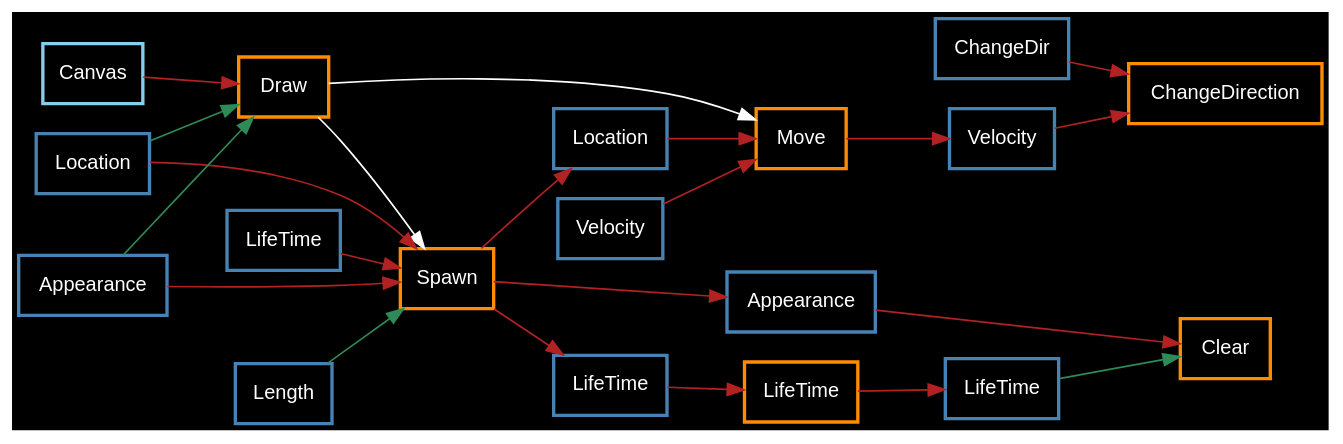
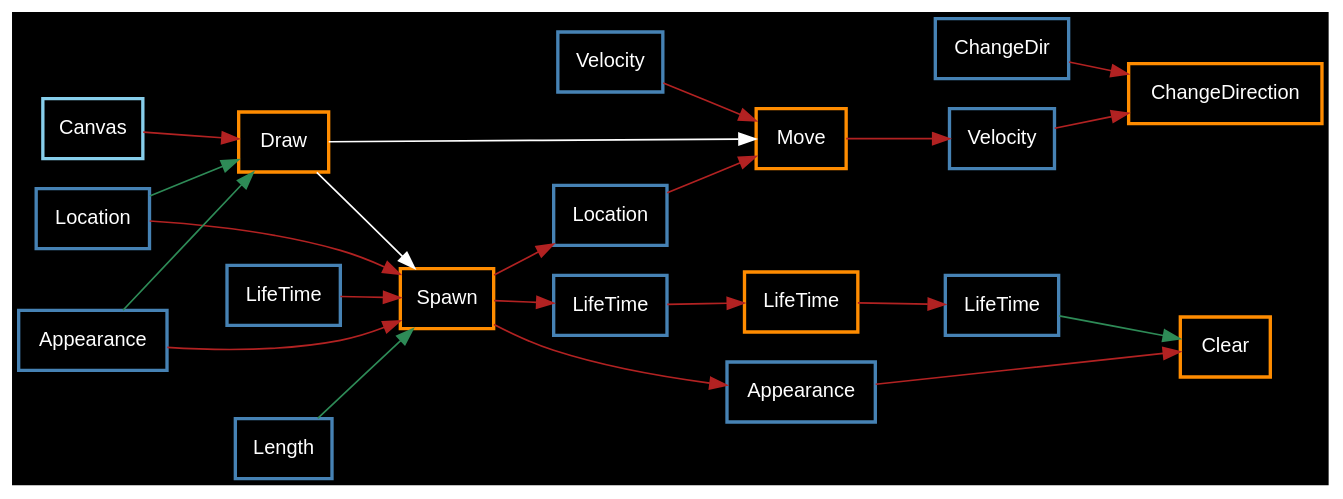
One commit to BenzzzX/NESL changed the diagram in ESLConsole/test.gv. Above: the diagram before and after it, drawn with Graphviz. The commit also changed other lines of this file and 10 other files, not shown here.

```diff
--- a/ESLConsole/test.gv
+++ b/ESLConsole/test.gv
@@ -1,57 +1,57 @@
 digraph framegraph 
 {
 rankdir = LR
 bgcolor = black
 
 node [shape=rectangle, fontname="helvetica", fontsize=12, fontcolor=white]
 
 "Draw" [label="Draw", style=bold, color=darkorange]
 "Move" [label="Move", style=bold, color=darkorange]
 "LifeTime" [label="LifeTime", style=bold, color=darkorange]
 "ChangeDirection" [label="ChangeDirection", style=bold, color=darkorange]
 "Clear" [label="Clear", style=bold, color=darkorange]
 "Spawn" [label="Spawn", style=bold, color=darkorange]
 
 "Draw" -> { "Move" } [color=white]
 "Draw" -> { "Spawn" } [color=white]
 
-"Length0" [label="Length", style=bold, color= steelblue]
-"Length0" -> { "Spawn" } [color=seagreen]
 "LifeTime0" [label="LifeTime", style=bold, color= steelblue]
 "LifeTime0" -> { } [color=seagreen]
 "LifeTime0" -> { "Spawn" } [color=firebrick]
 "Location0" [label="Location", style=bold, color= steelblue]
 "Location0" -> { "Draw" } [color=seagreen]
 "Location0" -> { "Spawn" } [color=firebrick]
 "ChangeDir0" [label="ChangeDir", style=bold, color= steelblue]
 "ChangeDir0" -> { } [color=seagreen]
 "ChangeDir0" -> { "ChangeDirection" } [color=firebrick]
 "Appearance0" [label="Appearance", style=bold, color= steelblue]
 "Appearance0" -> { "Draw" } [color=seagreen]
 "Appearance0" -> { "Spawn" } [color=firebrick]
 "Canvas0" [label="Canvas", style=bold, color= skyblue]
 "Canvas0" -> { } [color=seagreen]
 "Canvas0" -> { "Draw" } [color=firebrick]
 "Velocity0" [label="Velocity", style=bold, color= steelblue]
 "Velocity0" -> { } [color=seagreen]
 "Velocity0" -> { "Move" } [color=firebrick]
+"Length0" [label="Length", style=bold, color= steelblue]
+"Length0" -> { "Spawn" } [color=seagreen]
 "LifeTime1" [label="LifeTime", style=bold, color= steelblue]
 "LifeTime1" -> { } [color=seagreen]
 "LifeTime1" -> { "LifeTime" } [color=firebrick]
 "Spawn" -> { "LifeTime1" } [color=firebrick]
 "Location1" [label="Location", style=bold, color= steelblue]
 "Location1" -> { } [color=seagreen]
 "Location1" -> { "Move" } [color=firebrick]
 "Spawn" -> { "Location1" } [color=firebrick]
 "Appearance1" [label="Appearance", style=bold, color= steelblue]
 "Appearance1" -> { } [color=seagreen]
 "Appearance1" -> { "Clear" } [color=firebrick]
 "Spawn" -> { "Appearance1" } [color=firebrick]
 "Velocity1" [label="Velocity", style=bold, color= steelblue]
 "Velocity1" -> { } [color=seagreen]
 "Velocity1" -> { "ChangeDirection" } [color=firebrick]
 "Move" -> { "Velocity1" } [color=firebrick]
 "LifeTime2" [label="LifeTime", style=bold, color= steelblue]
 "LifeTime2" -> { "Clear" } [color=seagreen]
 "LifeTime" -> { "LifeTime2" } [color=firebrick]
 }
```
